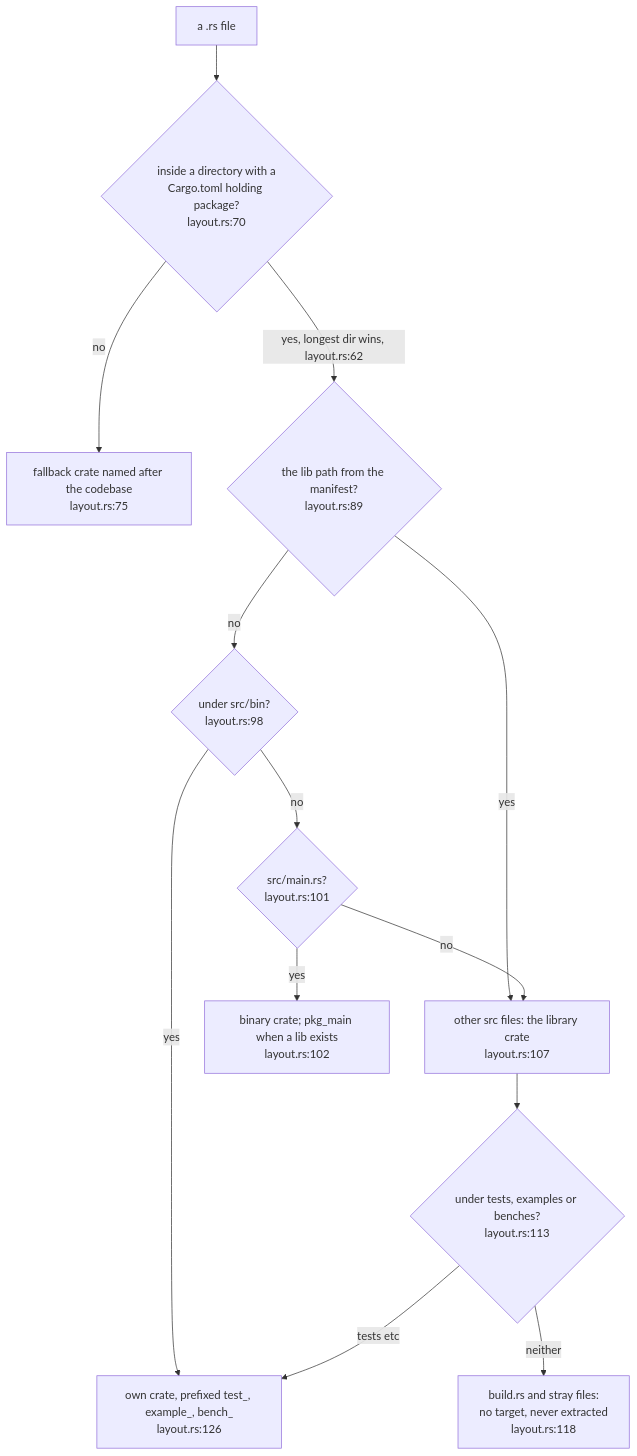
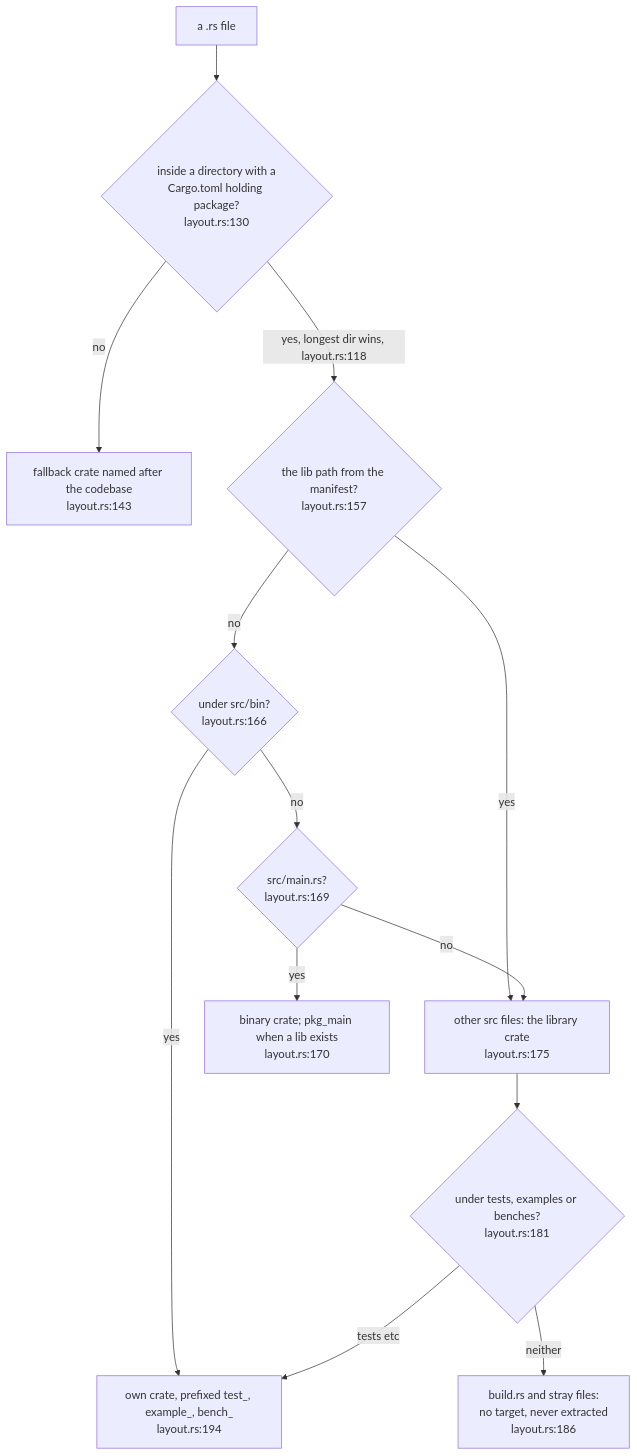
Before and after one commit to DreamLab-AI/codemaid: the second of 5 diagrams in docs/diagrams/extract/01-the-adapter-pipeline.md, drawn with Mermaid. The commit also changed other lines of this file and 23 other files, not shown here.

````diff
--- a/docs/diagrams/extract/01-the-adapter-pipeline.md
+++ b/docs/diagrams/extract/01-the-adapter-pipeline.md
@@ -91,26 +91,26 @@
 ```mermaid
 flowchart TB
     F["a .rs file"]
-    PK{"inside a directory with a<br/>Cargo.toml holding package?<br/>layout.rs:70"}
-    FB["fallback crate named after the codebase<br/>layout.rs:75"]
-    LIB{"the lib path from the manifest?<br/>layout.rs:89"}
-    SB{"under src/bin?<br/>layout.rs:98"}
-    MAIN{"src/main.rs?<br/>layout.rs:101"}
-    SRC["other src files: the library crate<br/>layout.rs:107"]
-    TEB{"under tests, examples or benches?<br/>layout.rs:113"}
-    NONE["build.rs and stray files:<br/>no target, never extracted<br/>layout.rs:118"]
-    OWN["own crate, prefixed test_, example_, bench_<br/>layout.rs:126"]
-    BIN["binary crate; pkg_main when a lib exists<br/>layout.rs:102"]
+    PK{"inside a directory with a<br/>Cargo.toml holding package?<br/>layout.rs:130"}
+    FB["fallback crate named after the codebase<br/>layout.rs:143"]
+    LIB{"the lib path from the manifest?<br/>layout.rs:157"}
+    SB{"under src/bin?<br/>layout.rs:166"}
+    MAIN{"src/main.rs?<br/>layout.rs:169"}
+    SRC["other src files: the library crate<br/>layout.rs:175"]
+    TEB{"under tests, examples or benches?<br/>layout.rs:181"}
+    NONE["build.rs and stray files:<br/>no target, never extracted<br/>layout.rs:186"]
+    OWN["own crate, prefixed test_, example_, bench_<br/>layout.rs:194"]
+    BIN["binary crate; pkg_main when a lib exists<br/>layout.rs:170"]
     F --> PK
     PK -->|no| FB
-    PK -->|yes, longest dir wins, layout.rs:62| LIB
+    PK -->|yes, longest dir wins, layout.rs:118| LIB
     LIB -->|yes| SRC
     LIB -->|no| SB
     SB -->|yes| OWN
     SB -->|no| MAIN
     MAIN -->|yes| BIN
     MAIN -->|no| SRC
     SRC --> TEB
     TEB -->|tests etc| OWN
     TEB -->|neither| NONE
 ```
````
